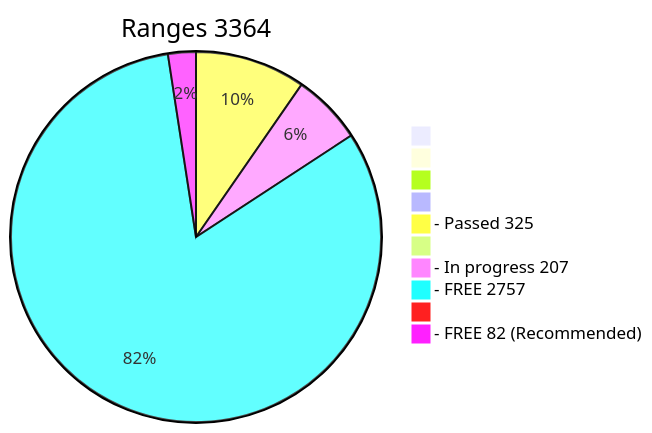
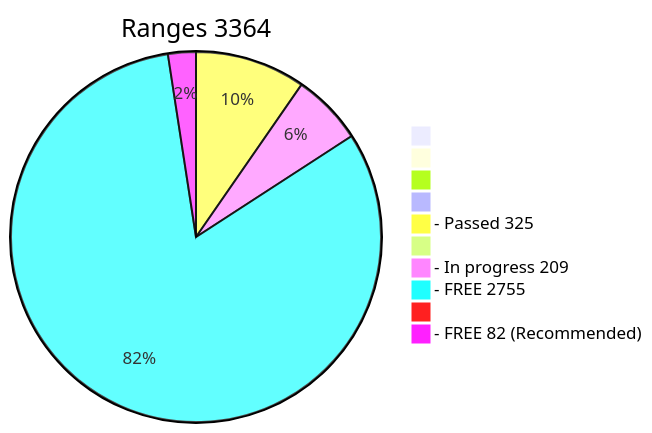
The diagram in x64/Release/table.md (phrutis/wif500), drawn with Mermaid before and after one commit. The commit also changed other lines of this file, not shown here.

````diff
--- a/x64/Release/table.md
+++ b/x64/Release/table.md
@@ -2,13 +2,13 @@
 ```mermaid
 pie title Ranges 3364
   " " : 0
   "  " : 0
   "   " : 0
   "    " : 0
   "- Passed 325" : 325
   "     " : 0
-  "- In progress 207" : 207
-  "- FREE 2757" : 2757
+  "- In progress 209" : 209
+  "- FREE 2755" : 2755
   "      " : 0
   "- FREE 82 (Recommended)" : 82
 ```
````
